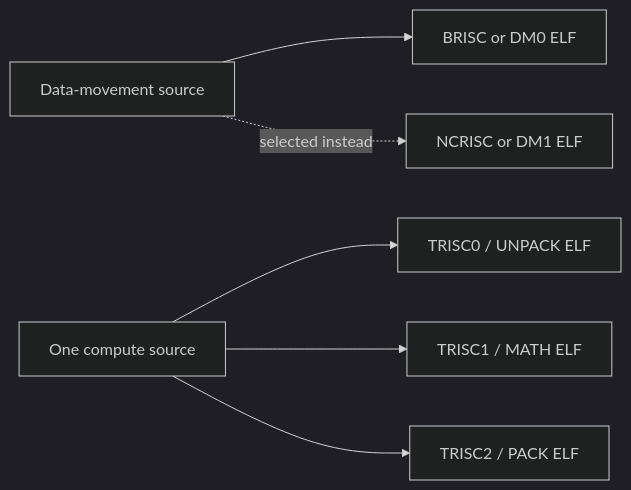
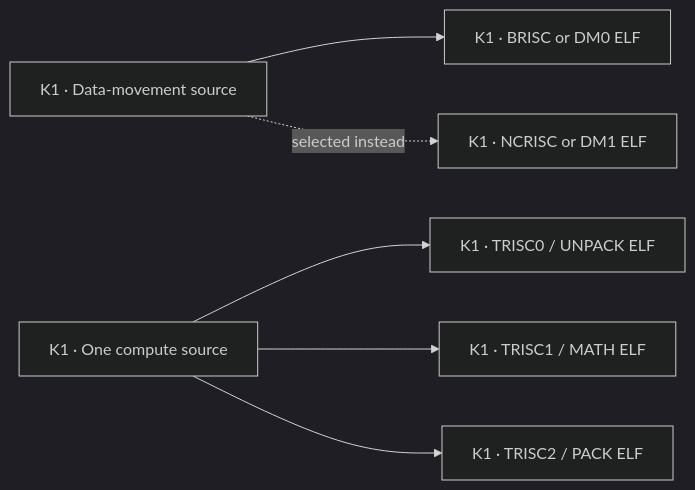
One commit to buicongnguyen/tt-sim changed the sixth of 13 diagrams in public/RISC_FIRMWARE_TO_KERNEL_FLOW.md. Above: the diagram before and after it, drawn with Mermaid (dark theme). The commit also changed other lines of this file and 4 other files, not shown here.

Commit message:
Link firmware flow steps to source

````diff
--- a/public/RISC_FIRMWARE_TO_KERNEL_FLOW.md
+++ b/public/RISC_FIRMWARE_TO_KERNEL_FLOW.md
@@ -229,8 +242,8 @@
 ```mermaid
 flowchart LR
-    D[Data-movement source] --> DM0[BRISC or DM0 ELF]
-    D -. selected instead .-> DM1[NCRISC or DM1 ELF]
-    C[One compute source] --> U[TRISC0 / UNPACK ELF]
-    C --> M[TRISC1 / MATH ELF]
-    C --> P[TRISC2 / PACK ELF]
+    D[K1 · Data-movement source] --> DM0[K1 · BRISC or DM0 ELF]
+    D -. selected instead .-> DM1[K1 · NCRISC or DM1 ELF]
+    C[K1 · One compute source] --> U[K1 · TRISC0 / UNPACK ELF]
+    C --> M[K1 · TRISC1 / MATH ELF]
+    C --> P[K1 · TRISC2 / PACK ELF]
 ```
````
